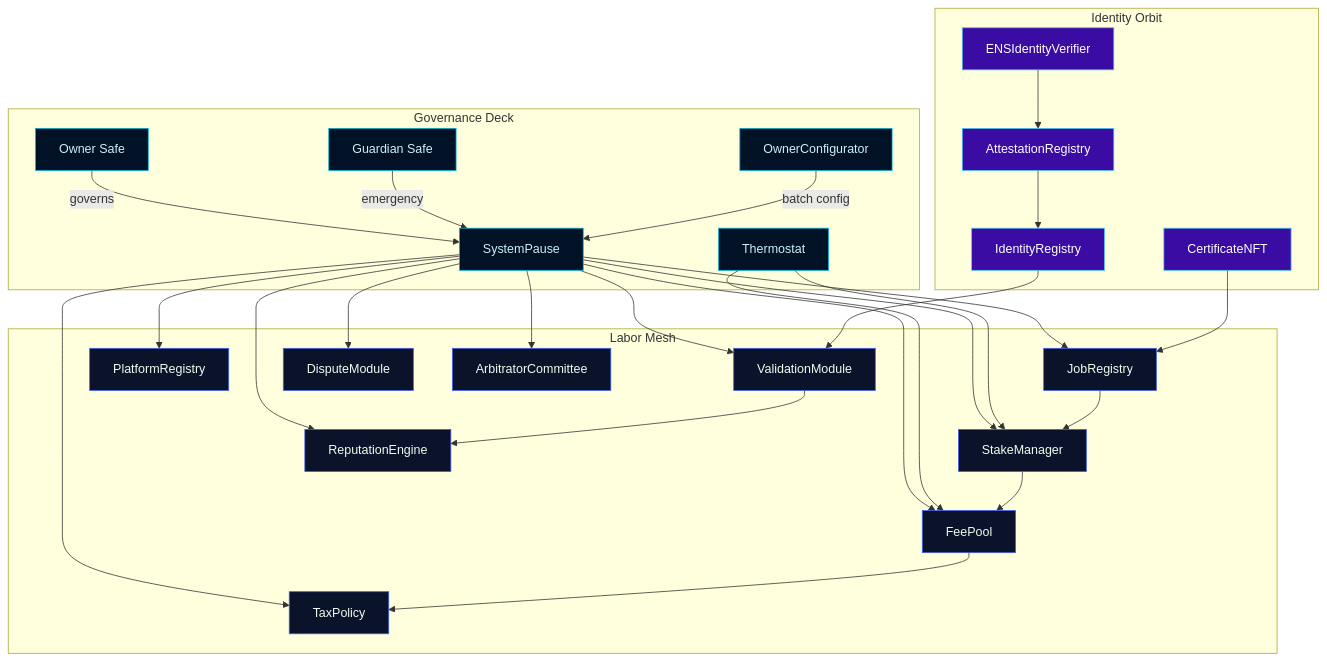
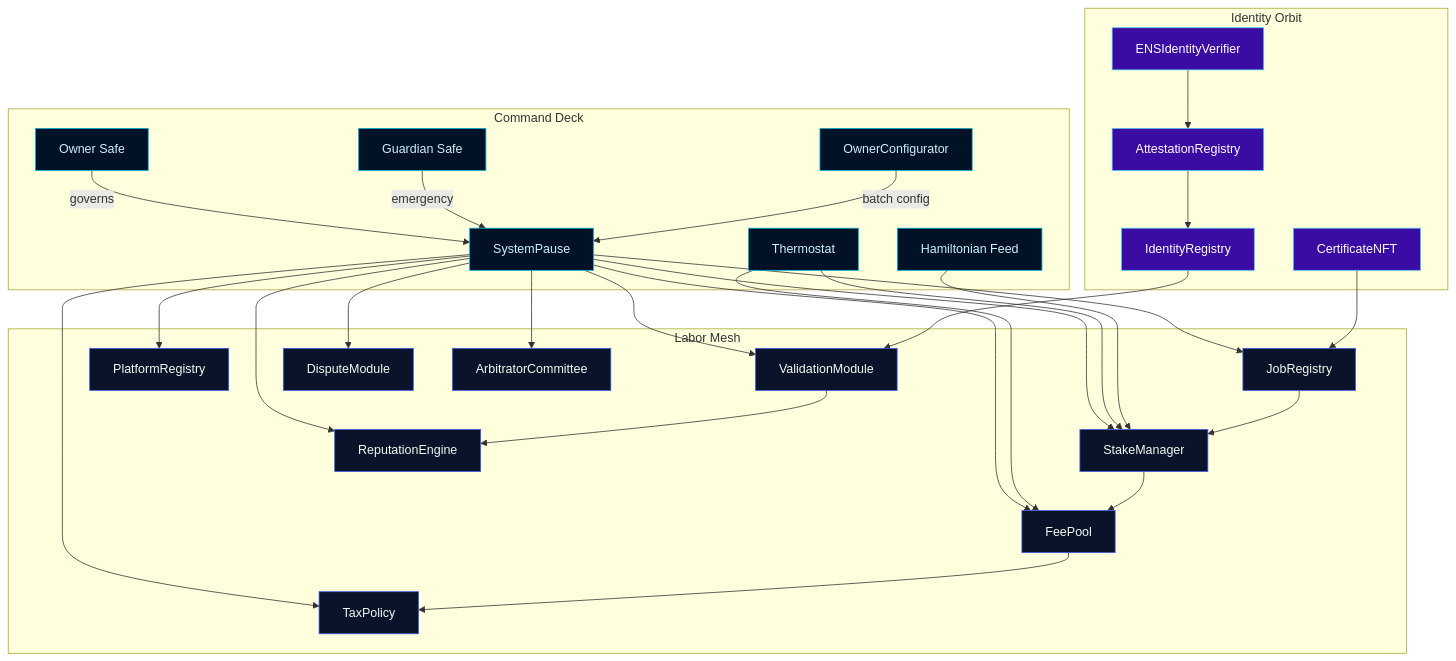
The first of 6 diagrams in docs/README.md (MontrealAI/agijobs-sovereign-labor-v0p1), drawn with Mermaid before and after one commit. The commit also changed other lines of this file, not shown here.

````diff
--- a/docs/README.md
+++ b/docs/README.md
@@ -47,47 +49,49 @@
 ```mermaid
 graph TD
-    subgraph GovernanceDeck[Governance Deck]
+    subgraph CommandDeck[Command Deck]
         owner[Owner Safe]
         guardian[Guardian Safe]
         configurator[OwnerConfigurator]
         pause[SystemPause]
         thermo[Thermostat]
+        hamiltonian[Hamiltonian Feed]
     end
     subgraph LaborMesh[Labor Mesh]
         job[JobRegistry]
         stake[StakeManager]
         platform[PlatformRegistry]
         validate[ValidationModule]
         dispute[DisputeModule]
         fee[FeePool]
         rep[ReputationEngine]
         arb[ArbitratorCommittee]
         tax[TaxPolicy]
     end
     subgraph IdentityOrbit[Identity Orbit]
         identity[IdentityRegistry]
         attest[AttestationRegistry]
         cert[CertificateNFT]
         ens[ENSIdentityVerifier]
     end
     owner -->|governs| pause
     guardian -->|emergency| pause
     configurator -->|batch config| pause
     pause --> job & stake & platform & validate & dispute & fee & rep & arb & tax
+    thermo --> stake
     thermo --> fee
-    thermo --> stake
+    hamiltonian --> stake
     validate --> rep
     job --> stake
     stake --> fee
     fee --> tax
     identity --> validate
     attest --> identity
     ens --> attest
     cert --> job
-    classDef GovernanceDeck fill:#021226,stroke:#00b4d8,color:#caf0f8;
+    classDef CommandDeck fill:#021226,stroke:#00b4d8,color:#caf0f8;
     classDef LaborMesh fill:#0b132b,stroke:#4361ee,color:#f1faee;
     classDef IdentityOrbit fill:#3a0ca3,stroke:#4cc9f0,color:#ffffff;
-    class owner,guardian,configurator,pause,thermo GovernanceDeck;
+    class owner,guardian,configurator,pause,thermo,hamiltonian CommandDeck;
     class job,stake,platform,validate,dispute,fee,rep,arb,tax LaborMesh;
     class identity,attest,cert,ens IdentityOrbit;
 ```
````
